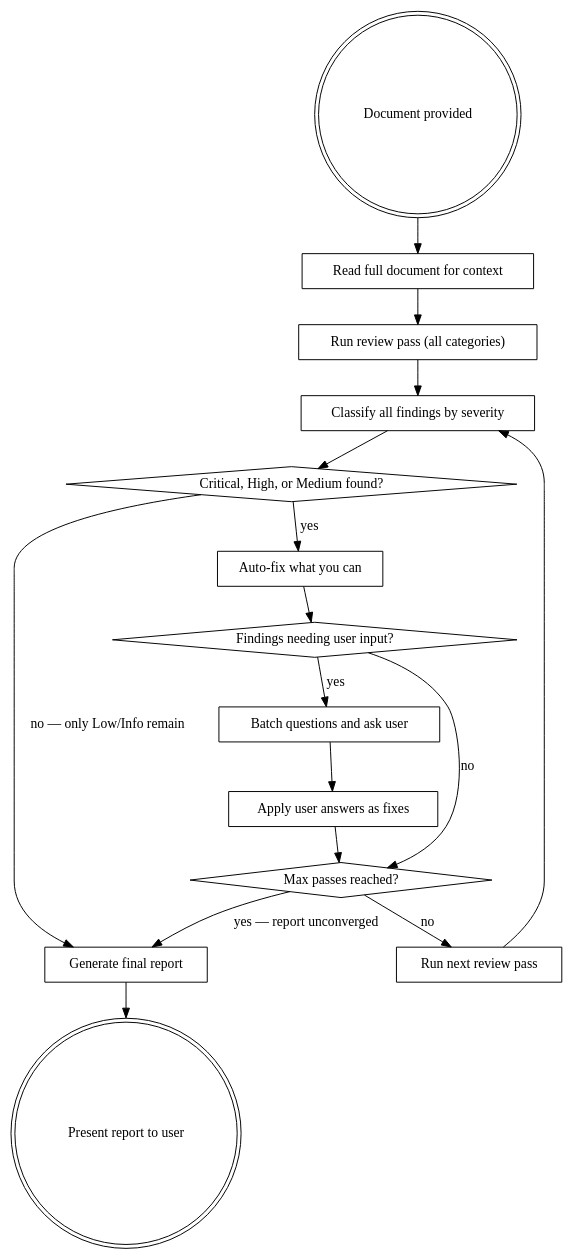
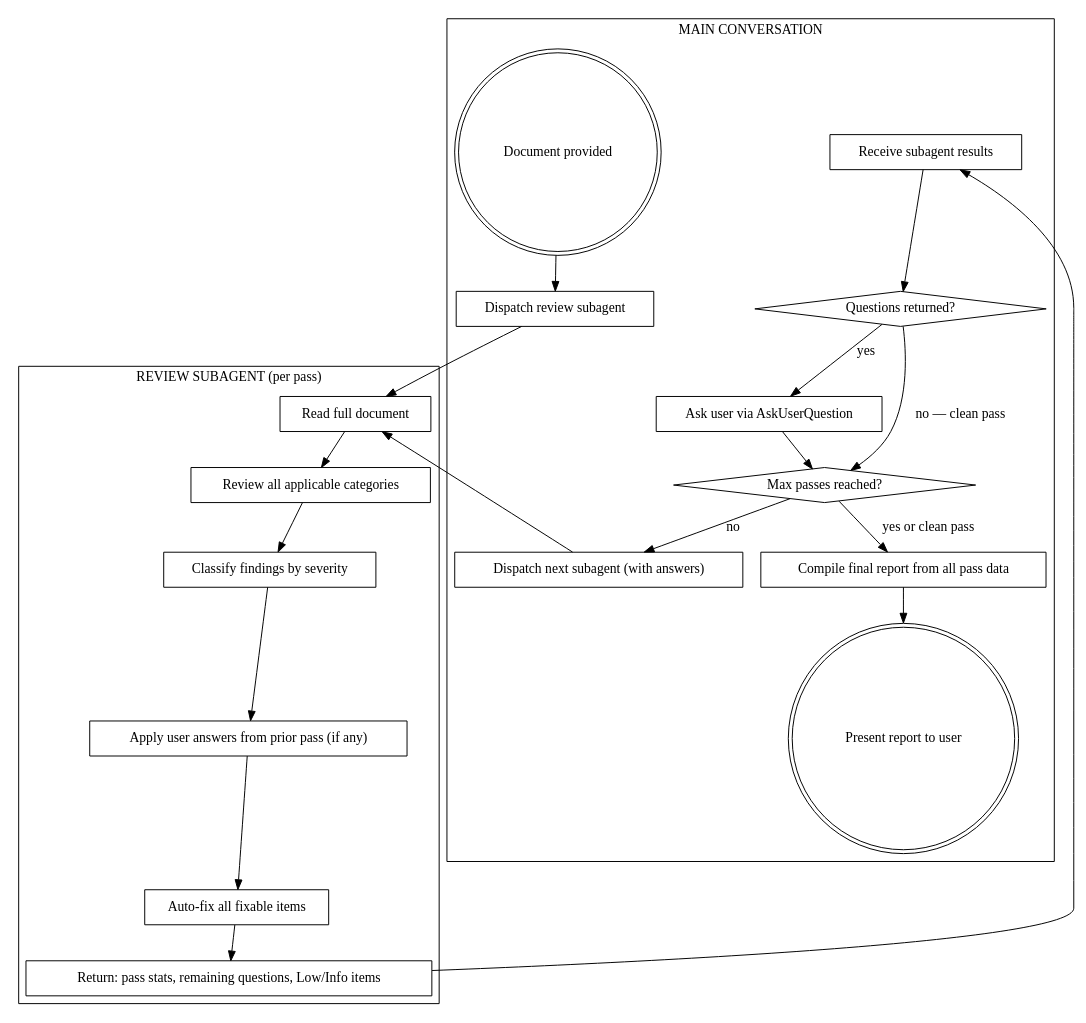
One commit to brianpw/claude-skills changed the diagram in iterative-document-review/SKILL.md. Above: the diagram before and after it, drawn with Graphviz. The commit also changed other lines of this file, not shown here.

Commit message:
Update skill: subagent architecture, Low-fix behavior, interactive questions
- Review passes now run as subagents; main conversation orchestrates the
  loop and handles user interaction via AskUserQuestion
- Low-severity items are now fixed alongside higher-severity items in the
  same pass (only left unfixed if they're the sole remaining findings)
- Added subagent return format (pass stats, auto-fixes, questions, Low/Info)
- Updated flowchart to show main/subagent split with cluster subgraphs
- Tested end-to-end: 5-pass review of a loyalty program PRD with 21
  interactive user questions across 4 rounds, converging to clean

````diff
--- a/iterative-document-review/SKILL.md
+++ b/iterative-document-review/SKILL.md
@@ -22,33 +24,43 @@
 ```dot
 digraph review_loop {
-    "Document provided" [shape=doublecircle];
-    "Read full document for context" [shape=box];
-    "Run review pass (all categories)" [shape=box];
-    "Classify all findings by severity" [shape=box];
-    "Critical, High, or Medium found?" [shape=diamond];
-    "Auto-fix what you can" [shape=box];
-    "Findings needing user input?" [shape=diamond];
-    "Batch questions and ask user" [shape=box];
-    "Apply user answers as fixes" [shape=box];
-    "Max passes reached?" [shape=diamond];
-    "Run next review pass" [shape=box];
-    "Generate final report" [shape=box];
-    "Present report to user" [shape=doublecircle];
+    subgraph cluster_main {
+        label="MAIN CONVERSATION";
+        "Document provided" [shape=doublecircle];
+        "Dispatch review subagent" [shape=box];
+        "Receive subagent results" [shape=box];
+        "Questions returned?" [shape=diamond];
+        "Ask user via AskUserQuestion" [shape=box];
+        "Max passes reached?" [shape=diamond];
+        "Dispatch next subagent (with answers)" [shape=box];
+        "Compile final report from all pass data" [shape=box];
+        "Present report to user" [shape=doublecircle];
+    }
 
-    "Document provided" -> "Read full document for context";
-    "Read full document for context" -> "Run review pass (all categories)";
-    "Run review pass (all categories)" -> "Classify all findings by severity";
-    "Classify all findings by severity" -> "Critical, High, or Medium found?";
-    "Critical, High, or Medium found?" -> "Auto-fix what you can" [label="yes"];
-    "Auto-fix what you can" -> "Findings needing user input?";
-    "Findings needing user input?" -> "Batch questions and ask user" [label="yes"];
-    "Findings needing user input?" -> "Max passes reached?" [label="no"];
-    "Batch questions and ask user" -> "Apply user answers as fixes";
-    "Apply user answers as fixes" -> "Max passes reached?";
-    "Max passes reached?" -> "Generate final report" [label="yes — report unconverged"];
-    "Max passes reached?" -> "Run next review pass" [label="no"];
-    "Run next review pass" -> "Classify all findings by severity";
-    "Critical, High, or Medium found?" -> "Generate final report" [label="no — only Low/Info remain"];
-    "Generate final report" -> "Present report to user";
+    subgraph cluster_subagent {
+        label="REVIEW SUBAGENT (per pass)";
+        "Read full document" [shape=box];
+        "Review all applicable categories" [shape=box];
+        "Classify findings by severity" [shape=box];
+        "Apply user answers from prior pass (if any)" [shape=box];
+        "Auto-fix all fixable items" [shape=box];
+        "Return: pass stats, remaining questions, Low/Info items" [shape=box];
+    }
+
+    "Document provided" -> "Dispatch review subagent";
+    "Dispatch review subagent" -> "Read full document";
+    "Read full document" -> "Review all applicable categories";
+    "Review all applicable categories" -> "Classify findings by severity";
+    "Classify findings by severity" -> "Apply user answers from prior pass (if any)";
+    "Apply user answers from prior pass (if any)" -> "Auto-fix all fixable items";
+    "Auto-fix all fixable items" -> "Return: pass stats, remaining questions, Low/Info items";
+    "Return: pass stats, remaining questions, Low/Info items" -> "Receive subagent results";
+    "Receive subagent results" -> "Questions returned?";
+    "Questions returned?" -> "Ask user via AskUserQuestion" [label="yes"];
+    "Questions returned?" -> "Max passes reached?" [label="no — clean pass"];
+    "Ask user via AskUserQuestion" -> "Max passes reached?";
+    "Max passes reached?" -> "Compile final report from all pass data" [label="yes or clean pass"];
+    "Max passes reached?" -> "Dispatch next subagent (with answers)" [label="no"];
+    "Dispatch next subagent (with answers)" -> "Read full document";
+    "Compile final report from all pass data" -> "Present report to user";
 }
 ```
````
